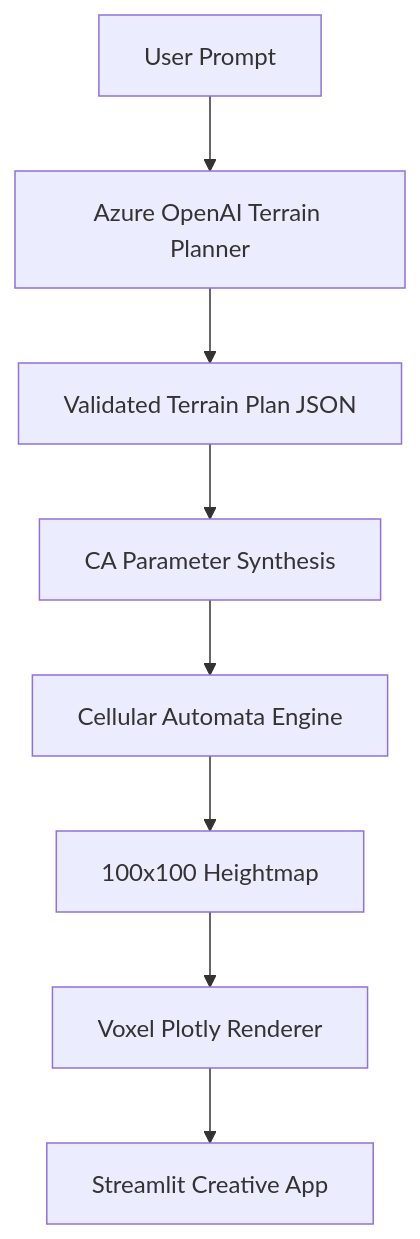
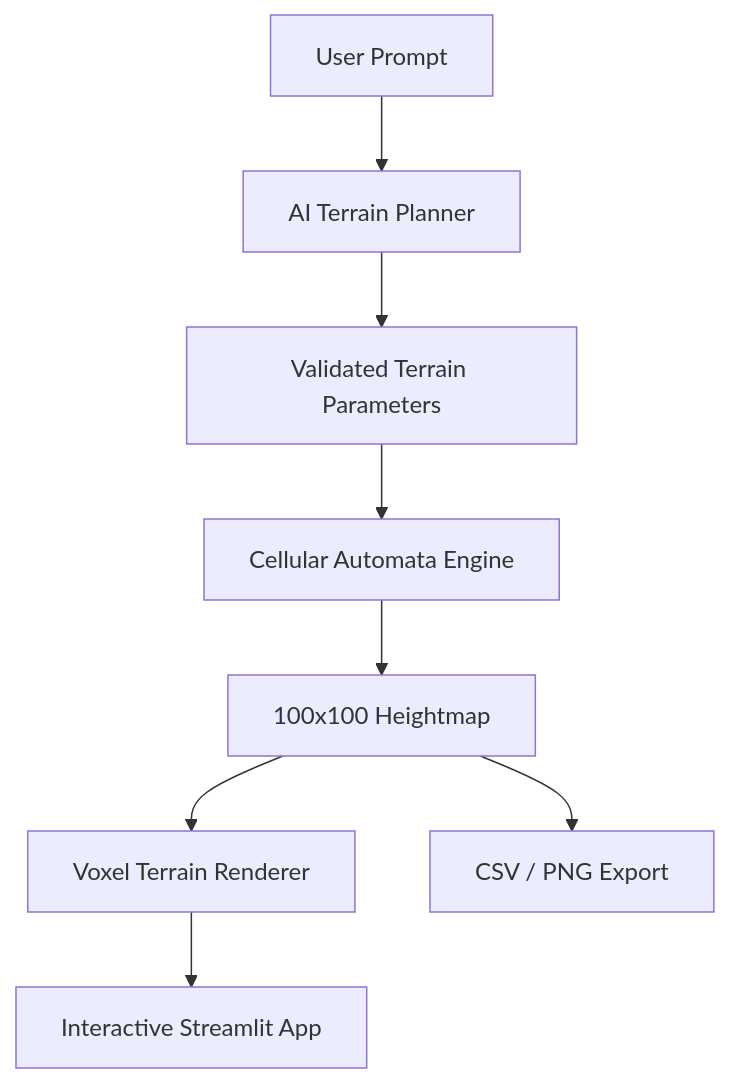
Before and after one commit to Arjya2004/terrCAIn: the diagram in README.md, drawn with Mermaid. The commit also changed other lines of this file, not shown here.

````diff
--- a/README.md
+++ b/README.md
@@ -39,10 +66,10 @@
 ```mermaid
 flowchart TD
-    A["User Prompt"] --> B["Azure OpenAI Terrain Planner"]
-    B --> C["Validated Terrain Plan JSON"]
-    C --> D["CA Parameter Synthesis"]
-    D --> E["Cellular Automata Engine"]
-    E --> F["100x100 Heightmap"]
-    F --> G["Voxel Plotly Renderer"]
-    G --> H["Streamlit Creative App"]
+    A["User Prompt"] --> B["AI Terrain Planner"]
+    B --> C["Validated Terrain Parameters"]
+    C --> D["Cellular Automata Engine"]
+    D --> E["100x100 Heightmap"]
+    E --> F["Voxel Terrain Renderer"]
+    E --> G["CSV / PNG Export"]
+    F --> H["Interactive Streamlit App"]
 ```
````
